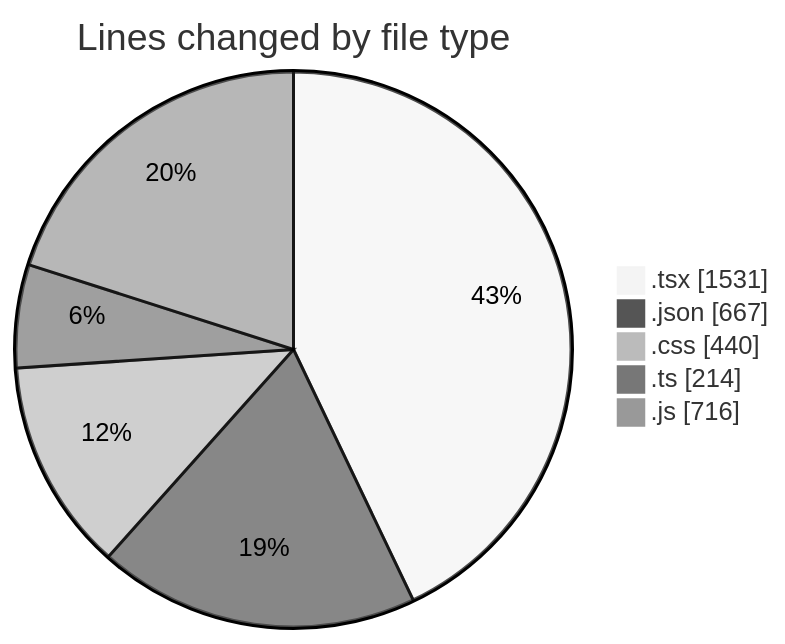
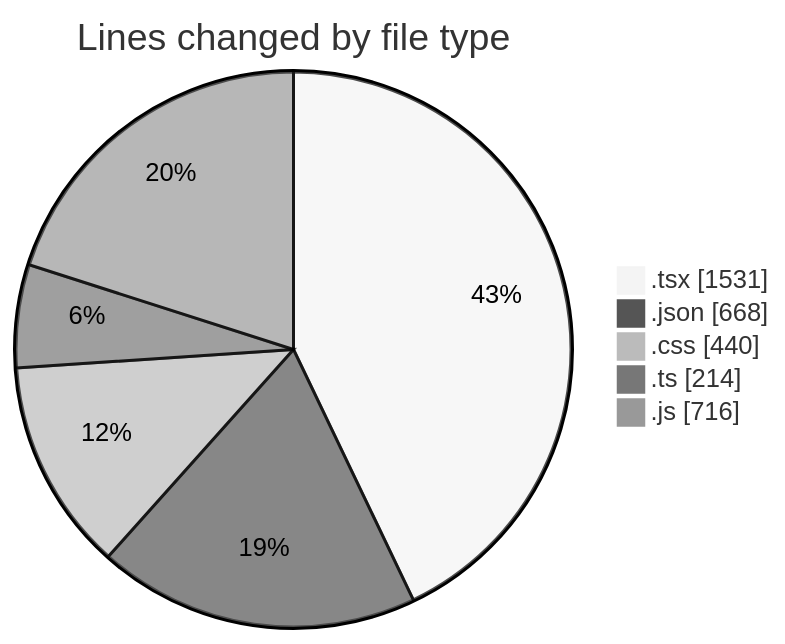
One commit to Elitesun/code-tracking changed the first of 2 diagrams in 2025-05-04/niten/README.md. Above: the diagram before and after it, drawn with Mermaid (neutral theme). The commit also changed other lines of this file and 1 other file, not shown here.

````diff
--- a/2025-05-04/niten/README.md
+++ b/2025-05-04/niten/README.md
@@ -50,9 +50,9 @@
 ```mermaid
 pie showData
 title Lines changed by file type
 ".tsx" : 1531
-".json" : 667
+".json" : 668
 ".css" : 440
 ".ts" : 214
 ".js" : 716
 ```
````
